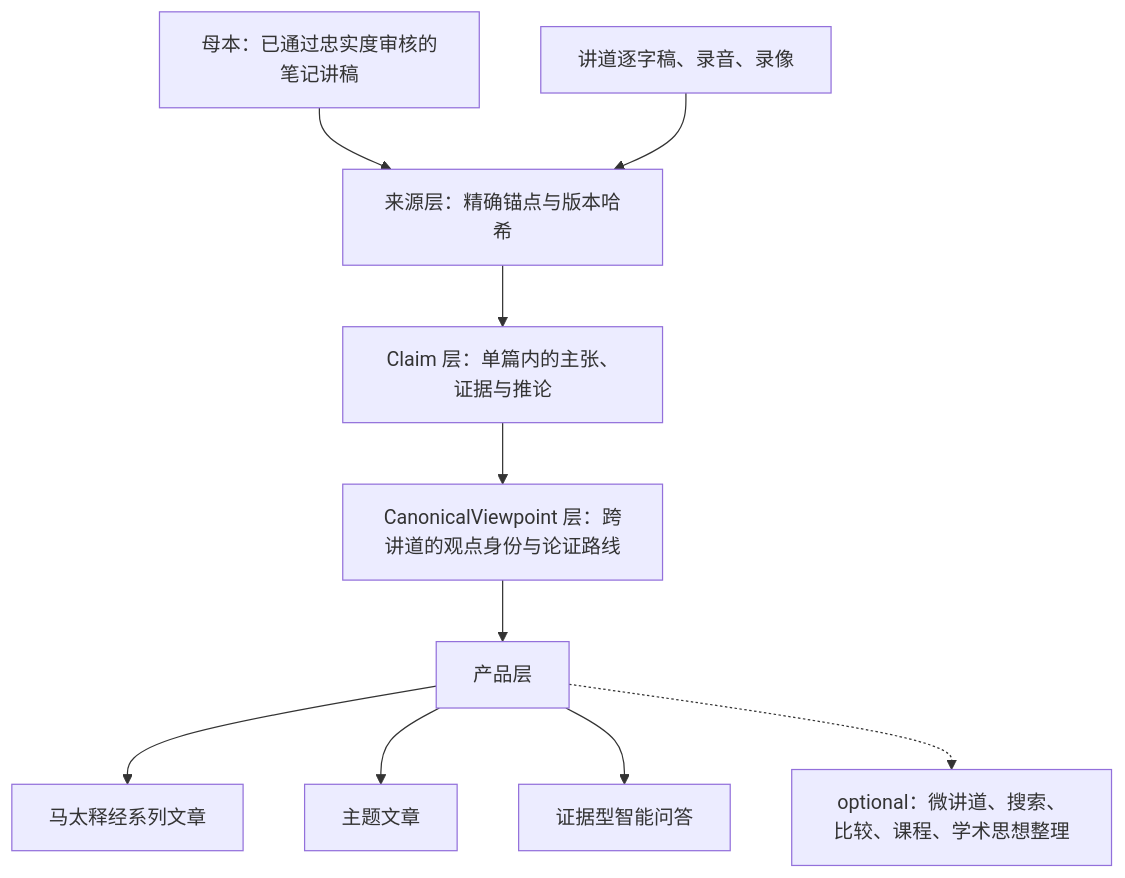
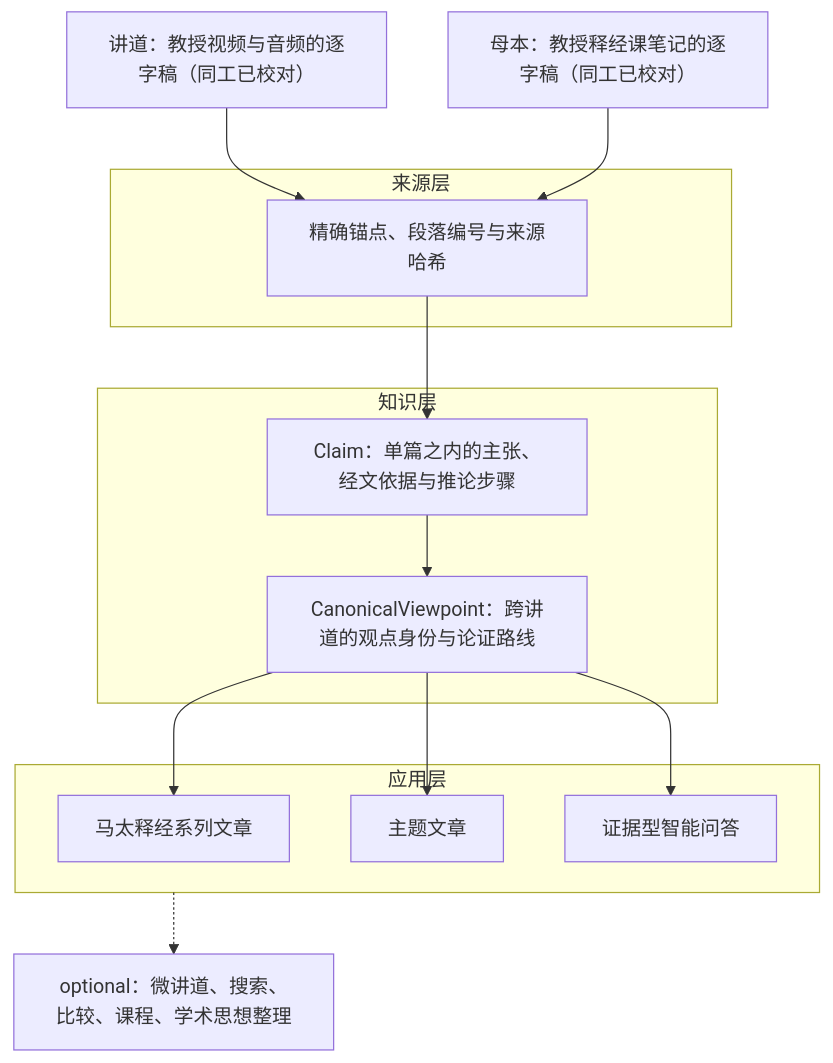
The diagram in docs/wang-knowledge-platform/00-overview/solution_architecture.md (junyang168/smart-answer), drawn with Mermaid before and after one commit. The commit also changed other lines of this file, not shown here.

````diff
--- a/docs/wang-knowledge-platform/00-overview/solution_architecture.md
+++ b/docs/wang-knowledge-platform/00-overview/solution_architecture.md
@@ -91,12 +91,27 @@
 ```mermaid
 flowchart TD
-    NOTES["母本：已通过忠实度审核的笔记讲稿"] --> SRC
-    SERMON["讲道逐字稿、录音、录像"] --> SRC
-    SRC["来源层：精确锚点与版本哈希"] --> CLAIM
-    CLAIM["Claim 层：单篇内的主张、证据与推论"] --> CVP
-    CVP["CanonicalViewpoint 层：跨讲道的观点身份与论证路线"] --> PROD
-    PROD["产品层"] --> ART["马太释经系列文章"]
-    PROD --> TOPIC["主题文章"]
-    PROD --> QA["证据型智能问答"]
-    PROD -.-> OPT["optional：微讲道、搜索、比较、课程、学术思想整理"]
+    SERMON["讲道：教授视频与音频的逐字稿（同工已校对）"] --> SRC
+    NOTES["母本：教授释经课笔记的逐字稿（同工已校对）"] --> SRC
+
+    subgraph L1["来源层"]
+        SRC["精确锚点、段落编号与来源哈希"]
+    end
+
+    subgraph L2["知识层"]
+        CLAIM["Claim：单篇之内的主张、经文依据与推论步骤"]
+        CVP["CanonicalViewpoint：跨讲道的观点身份与论证路线"]
+        CLAIM --> CVP
+    end
+
+    subgraph L3["应用层"]
+        ART["马太释经系列文章"]
+        TOPIC["主题文章"]
+        QA["证据型智能问答"]
+    end
+
+    SRC --> CLAIM
+    CVP --> ART
+    CVP --> TOPIC
+    CVP --> QA
+    L3 -.-> OPT["optional：微讲道、搜索、比较、课程、学术思想整理"]
 ```
````
